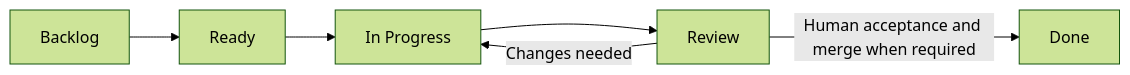
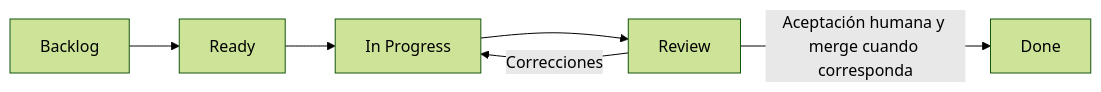
One commit to jairzinhosantos/thinking-harness changed the diagram in docs/operating-model.md. Above: the diagram before and after it, drawn with Mermaid (forest theme). The commit also changed other lines of this file and 56 other files, not shown here.

````diff
--- a/docs/operating-model.md
+++ b/docs/operating-model.md
@@ -5,8 +3,8 @@
 ```mermaid
 flowchart LR
     B[Backlog] --> R[Ready]
     R --> P[In Progress]
     P --> V[Review]
-    V -->|Human acceptance and merge when required| D[Done]
-    V -->|Changes needed| P
+    V -->|Aceptación humana y merge cuando corresponda| D[Done]
+    V -->|Correcciones| P
 ```
````
